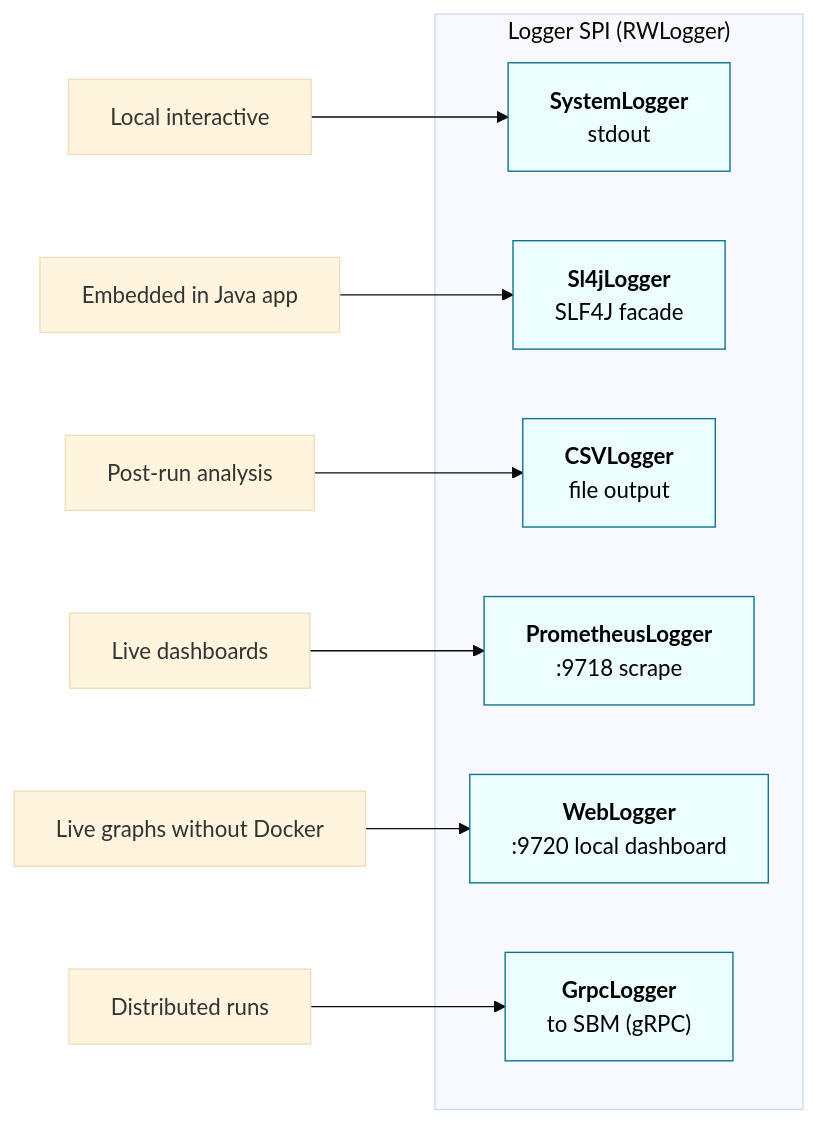
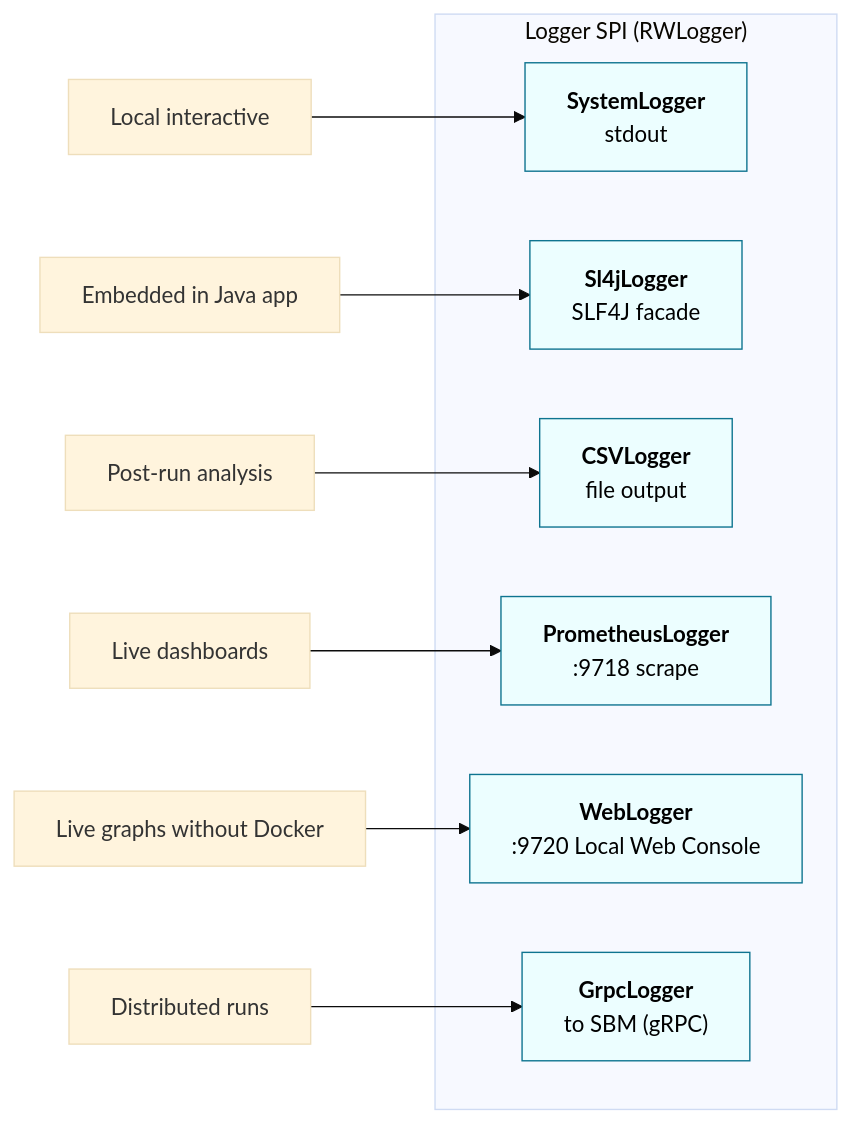
Before and after one commit to kmgowda/SBK: diagram 33 of 43 in docs/sbk-internals.md, drawn with Mermaid (base theme). The commit also changed other lines of this file and 27 other files, not shown here.

Commit message:
Rename embedded dashboard to Local Web Console

````diff
--- a/docs/sbk-internals.md
+++ b/docs/sbk-internals.md
@@ -2465,20 +2465,20 @@
 ```mermaid
 flowchart LR
     subgraph LOGGERS["Logger SPI (RWLogger)"]
         SYS["<b>SystemLogger</b><br/>stdout"]
         SLF["<b>Sl4jLogger</b><br/>SLF4J facade"]
         CSV["<b>CSVLogger</b><br/>file output"]
         PRM["<b>PrometheusLogger</b><br/>:9718 scrape"]
-        WEB["<b>WebLogger</b><br/>:9720 local dashboard"]
+        WEB["<b>WebLogger</b><br/>:9720 Local Web Console"]
         GRP["<b>GrpcLogger</b><br/>to SBM (gRPC)"]
     end
     USE1["Local interactive"] --> SYS
     USE2["Embedded in Java app"] --> SLF
     USE3["Post-run analysis"] --> CSV
     USE4["Live dashboards"] --> PRM
     USE5["Live graphs without Docker"] --> WEB
     USE6["Distributed runs"] --> GRP
 
     classDef opt fill:#ecfeff,stroke:#0e7490,color:#000
     class SYS,SLF,CSV,PRM,WEB,GRP opt
 ```
````
